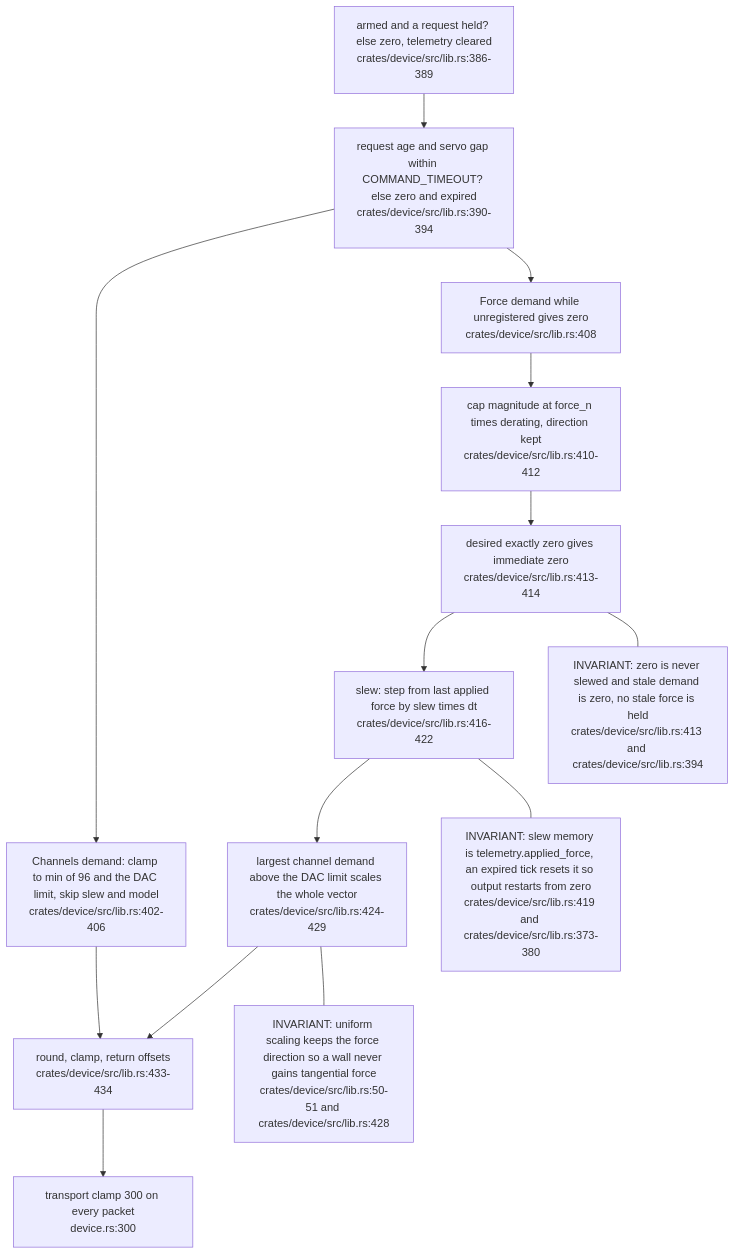
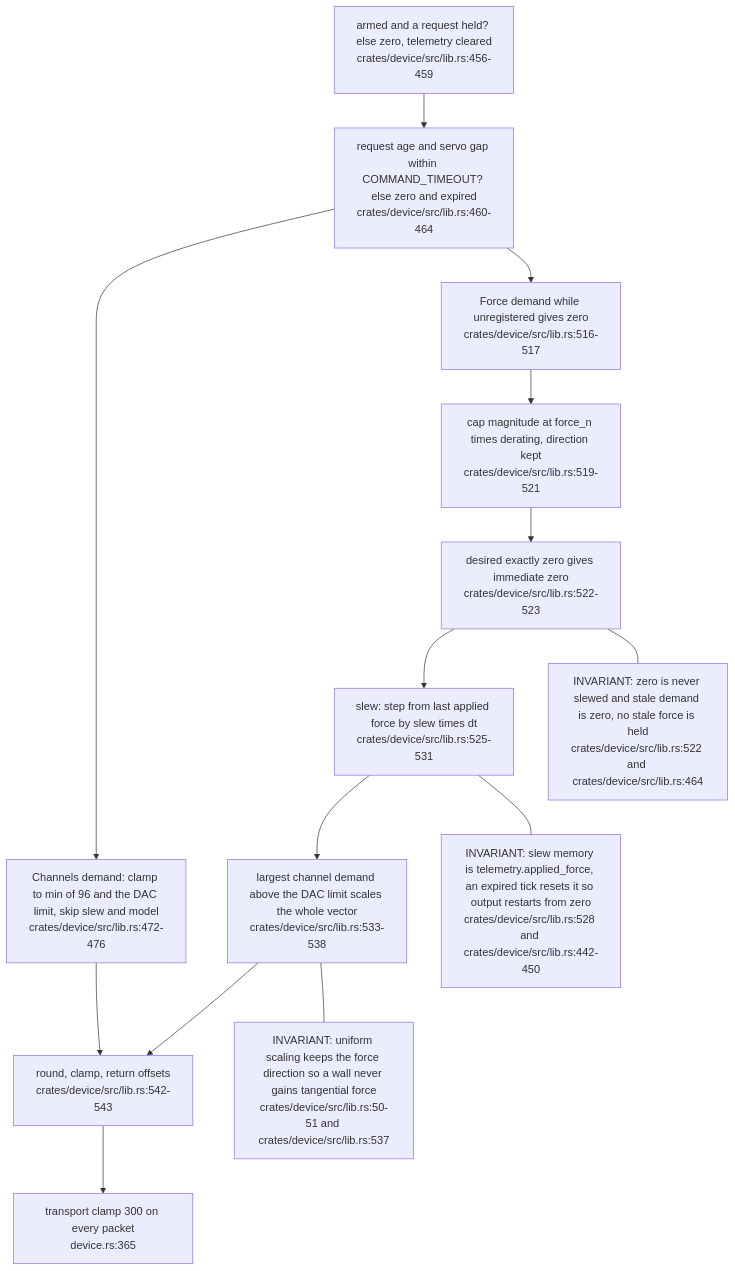
Before and after one commit to DreamLab-AI/VisionFlow: the third of 5 diagrams in docs/diagrams/visiontouch-rs/03-device-sdk-and-force-guard.md, drawn with Mermaid. The commit also changed other lines of this file and 36 other files, not shown here.

First line of the commit message:
docs(diagrams): re-derive and re-stamp agentbox, dream-engine, visioncraft, visiontouch and vowl topics; drop LAN addresses

````diff
--- a/docs/diagrams/visiontouch-rs/03-device-sdk-and-force-guard.md
+++ b/docs/diagrams/visiontouch-rs/03-device-sdk-and-force-guard.md
@@ -90,29 +90,29 @@
 ```mermaid
 flowchart TB
-    A["armed and a request held? else zero, telemetry cleared<br/>crates/device/src/lib.rs:386-389"]
-    B["request age and servo gap within COMMAND_TIMEOUT? else zero and expired<br/>crates/device/src/lib.rs:390-394"]
-    C["Channels demand: clamp to min of 96 and the DAC limit, skip slew and model<br/>crates/device/src/lib.rs:402-406"]
-    D["Force demand while unregistered gives zero<br/>crates/device/src/lib.rs:408"]
-    E["cap magnitude at force_n times derating, direction kept<br/>crates/device/src/lib.rs:410-412"]
-    F["desired exactly zero gives immediate zero<br/>crates/device/src/lib.rs:413-414"]
-    G["slew: step from last applied force by slew times dt<br/>crates/device/src/lib.rs:416-422"]
-    H["largest channel demand above the DAC limit scales the whole vector<br/>crates/device/src/lib.rs:424-429"]
-    I["round, clamp, return offsets<br/>crates/device/src/lib.rs:433-434"]
-    J["transport clamp 300 on every packet<br/>device.rs:300"]
+    A["armed and a request held? else zero, telemetry cleared<br/>crates/device/src/lib.rs:456-459"]
+    B["request age and servo gap within COMMAND_TIMEOUT? else zero and expired<br/>crates/device/src/lib.rs:460-464"]
+    C["Channels demand: clamp to min of 96 and the DAC limit, skip slew and model<br/>crates/device/src/lib.rs:472-476"]
+    D["Force demand while unregistered gives zero<br/>crates/device/src/lib.rs:516-517"]
+    E["cap magnitude at force_n times derating, direction kept<br/>crates/device/src/lib.rs:519-521"]
+    F["desired exactly zero gives immediate zero<br/>crates/device/src/lib.rs:522-523"]
+    G["slew: step from last applied force by slew times dt<br/>crates/device/src/lib.rs:525-531"]
+    H["largest channel demand above the DAC limit scales the whole vector<br/>crates/device/src/lib.rs:533-538"]
+    I["round, clamp, return offsets<br/>crates/device/src/lib.rs:542-543"]
+    J["transport clamp 300 on every packet<br/>device.rs:365"]
     A --> B
     B --> C
     B --> D
     D --> E
     E --> F
     F --> G
     G --> H
     H --> I
     C --> I
     I --> J
-    N1["INVARIANT: uniform scaling keeps the force direction so a wall never gains tangential force<br/>crates/device/src/lib.rs:50-51 and crates/device/src/lib.rs:428"]
-    N2["INVARIANT: zero is never slewed and stale demand is zero, no stale force is held<br/>crates/device/src/lib.rs:413 and crates/device/src/lib.rs:394"]
-    N3["INVARIANT: slew memory is telemetry.applied_force, an expired tick resets it so output restarts from zero<br/>crates/device/src/lib.rs:419 and crates/device/src/lib.rs:373-380"]
+    N1["INVARIANT: uniform scaling keeps the force direction so a wall never gains tangential force<br/>crates/device/src/lib.rs:50-51 and crates/device/src/lib.rs:537"]
+    N2["INVARIANT: zero is never slewed and stale demand is zero, no stale force is held<br/>crates/device/src/lib.rs:522 and crates/device/src/lib.rs:464"]
+    N3["INVARIANT: slew memory is telemetry.applied_force, an expired tick resets it so output restarts from zero<br/>crates/device/src/lib.rs:528 and crates/device/src/lib.rs:442-450"]
     G --- N3
     H --- N1
     F --- N2
 ```
````
